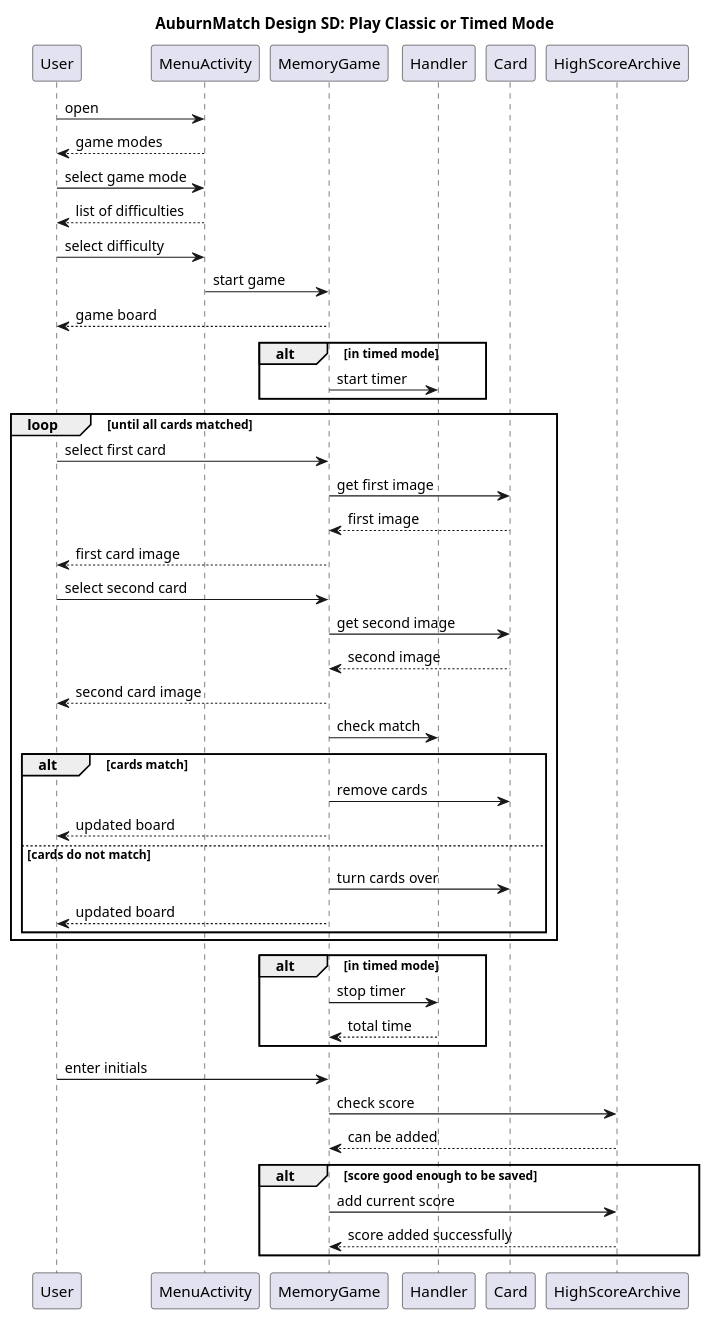
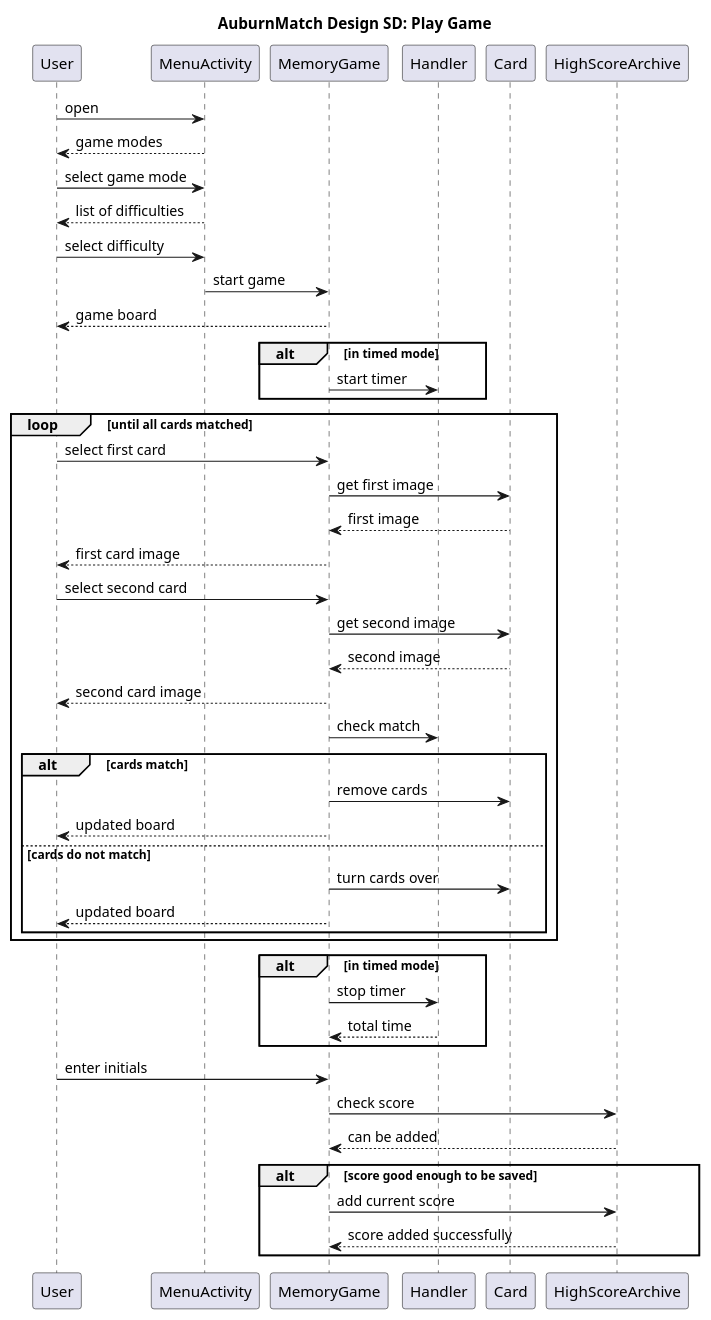
The diagram in app/UML/DSD1.puml (zok0001/MemoryMatch-master), drawn with PlantUML before and after one commit. The commit also changed 1 other file, not shown here.

Commit message:
Edited Class Diagram and created a design sequence diagram for playing the game as well as viewing the scoreboard

```diff
--- a/app/UML/DSD1.puml
+++ b/app/UML/DSD1.puml
@@ -1,44 +1,44 @@
 @startuml
-title AuburnMatch Design SD: Play Classic or Timed Mode
+title AuburnMatch Design SD: Play Game
 
 User -> MenuActivity : open
 User <-- MenuActivity : game modes
 User -> MenuActivity : select game mode
 User <-- MenuActivity : list of difficulties
 User -> MenuActivity : select difficulty
 MenuActivity -> MemoryGame : start game
 User <-- MemoryGame : game board
 alt in timed mode
 MemoryGame -> Handler : start timer
 end
 loop until all cards matched
 User -> MemoryGame: select first card
 MemoryGame -> Card : get first image
 MemoryGame <-- Card : first image
 User <-- MemoryGame : first card image
 User -> MemoryGame : select second card
 MemoryGame -> Card : get second image
 MemoryGame <-- Card : second image
 User <-- MemoryGame : second card image
 MemoryGame -> Handler : check match
 alt cards match
 MemoryGame -> Card : remove cards
 User <-- MemoryGame : updated board
 else cards do not match
 MemoryGame -> Card : turn cards over
 User <-- MemoryGame : updated board
 end
 end
 alt in timed mode
 MemoryGame -> Handler : stop timer
 MemoryGame <-- Handler : total time
 end
 User -> MemoryGame : enter initials
 MemoryGame -> HighScoreArchive : check score
 MemoryGame <-- HighScoreArchive : can be added
 alt score good enough to be saved
 MemoryGame -> HighScoreArchive : add current score
 MemoryGame <-- HighScoreArchive : score added successfully
 end
 
 @enduml
```
